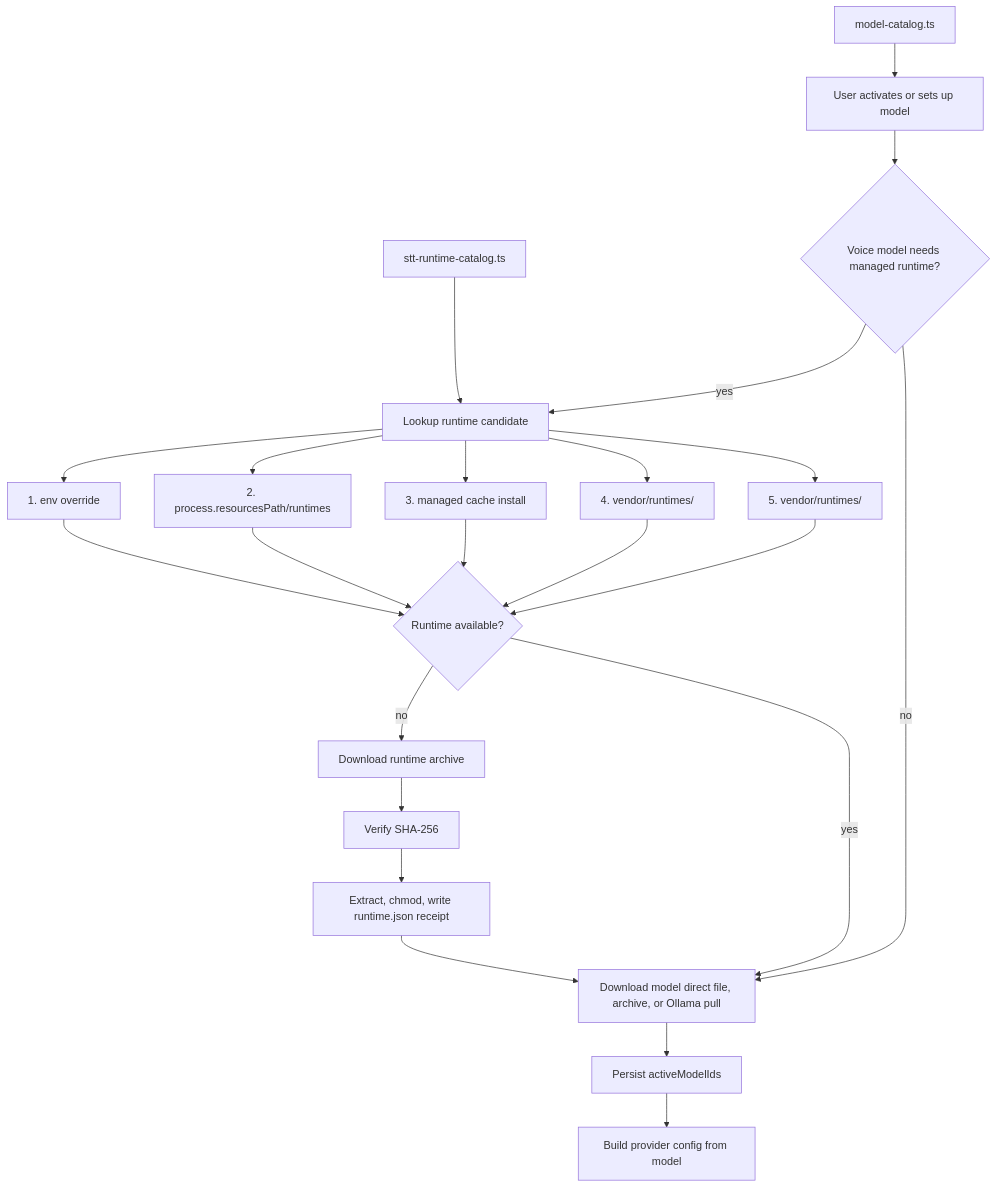
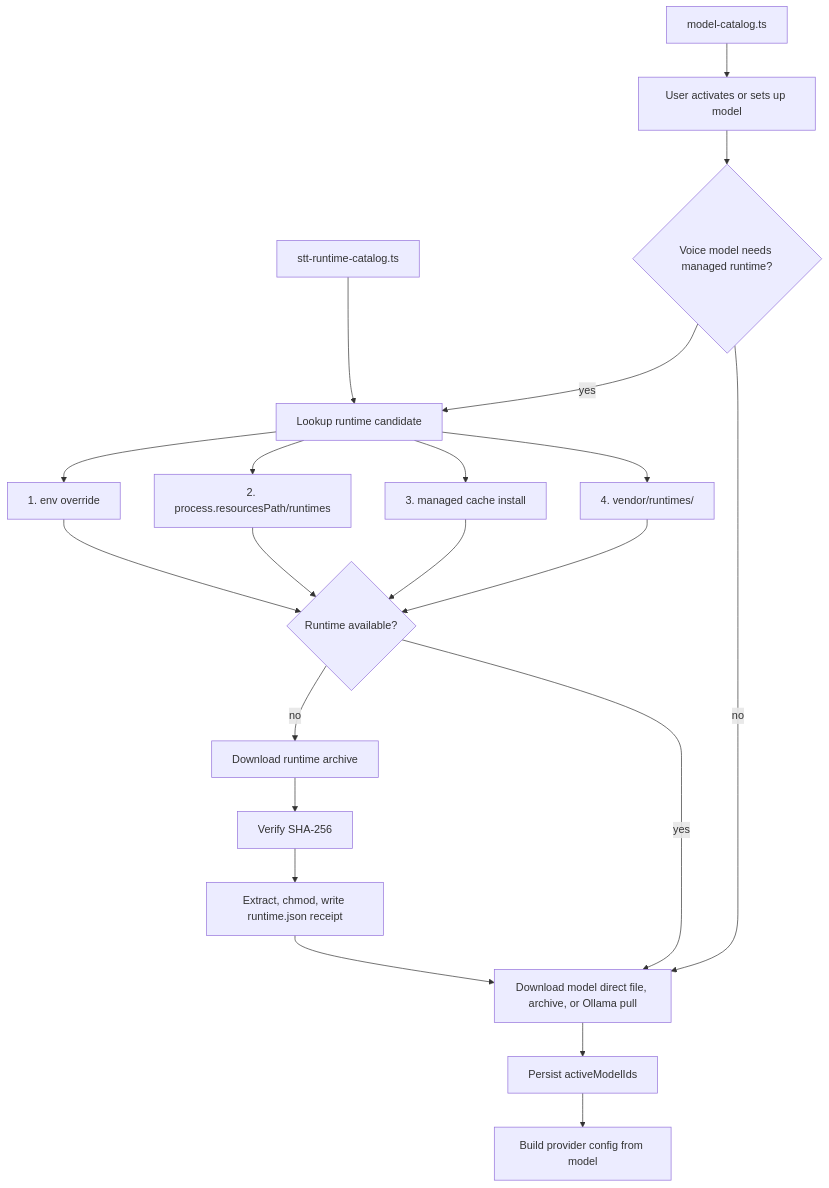
The diagram in docs/architecture/model-library-and-runtimes.md (strxnd/murmur), drawn with Mermaid before and after one commit. The commit also changed other lines of this file and 15 other files, not shown here.

First line of the commit message:
Remove STT runtime legacy aliases

````diff
--- a/docs/architecture/model-library-and-runtimes.md
+++ b/docs/architecture/model-library-and-runtimes.md
@@ -5,34 +5,32 @@
 ```mermaid
 flowchart TD
   Catalog["model-catalog.ts"]
   RuntimeCatalog["stt-runtime-catalog.ts"]
   User["User activates or sets up model"]
   NeedRuntime{"Voice model needs managed runtime?"}
   RuntimeLookup["Lookup runtime candidate"]
   Env["1. env override"]
   Resources["2. process.resourcesPath/runtimes"]
   Cache["3. managed cache install"]
   Vendor["4. vendor/runtimes/<platform-key>"]
-  Legacy["5. vendor/runtimes/<runtime-dir>"]
   RuntimeReady{"Runtime available?"}
   DownloadRuntime["Download runtime archive"]
   Verify["Verify SHA-256"]
   Install["Extract, chmod, write runtime.json receipt"]
   DownloadModel["Download model direct file, archive, or Ollama pull"]
   Activate["Persist activeModelIds"]
   Provider["Build provider config from model"]
 
   Catalog --> User
   RuntimeCatalog --> RuntimeLookup
   User --> NeedRuntime
   NeedRuntime -- yes --> RuntimeLookup
   RuntimeLookup --> Env --> RuntimeReady
   RuntimeLookup --> Resources --> RuntimeReady
   RuntimeLookup --> Cache --> RuntimeReady
   RuntimeLookup --> Vendor --> RuntimeReady
-  RuntimeLookup --> Legacy --> RuntimeReady
   RuntimeReady -- no --> DownloadRuntime --> Verify --> Install --> DownloadModel
   RuntimeReady -- yes --> DownloadModel
   NeedRuntime -- no --> DownloadModel
   DownloadModel --> Activate --> Provider
 ```
````
